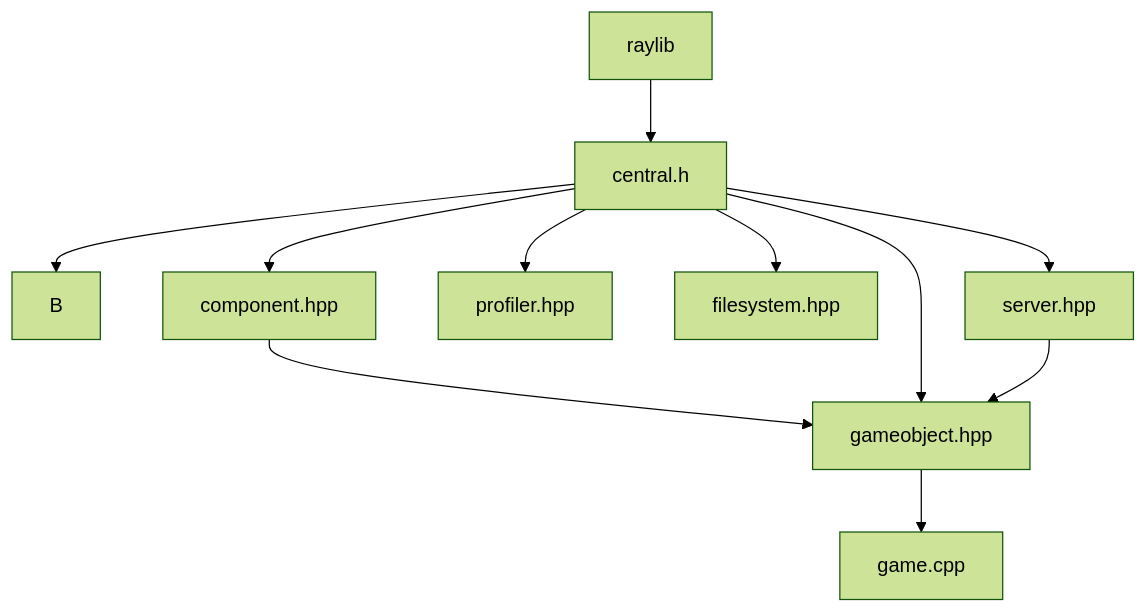
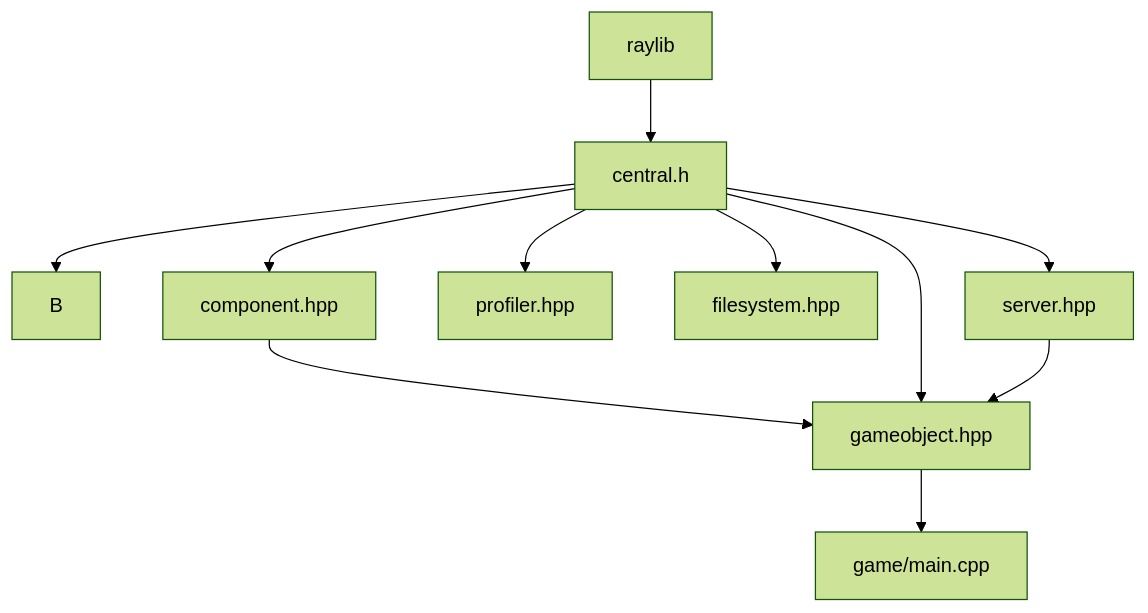
Before and after one commit to sibjor/ToyEngine: the diagram in README.md, drawn with Mermaid (forest theme). The commit also changed 6 other files, not shown here.

````diff
--- a/README.md
+++ b/README.md
@@ -4,13 +4,14 @@
 ```mermaid
 flowchart TD
     A[central.h] --> B
     C[raylib] --> A
     A --> D[server.hpp]
     A --> E[profiler.hpp]
     A --> F[filesystem.hpp]
     A --> G[component.hpp]
     G --> H[gameobject.hpp]
     A --> H 
     D --> H
-    H --> I[game.cpp]
+    H --> I[game/main.cpp]
+    
 ```
````
